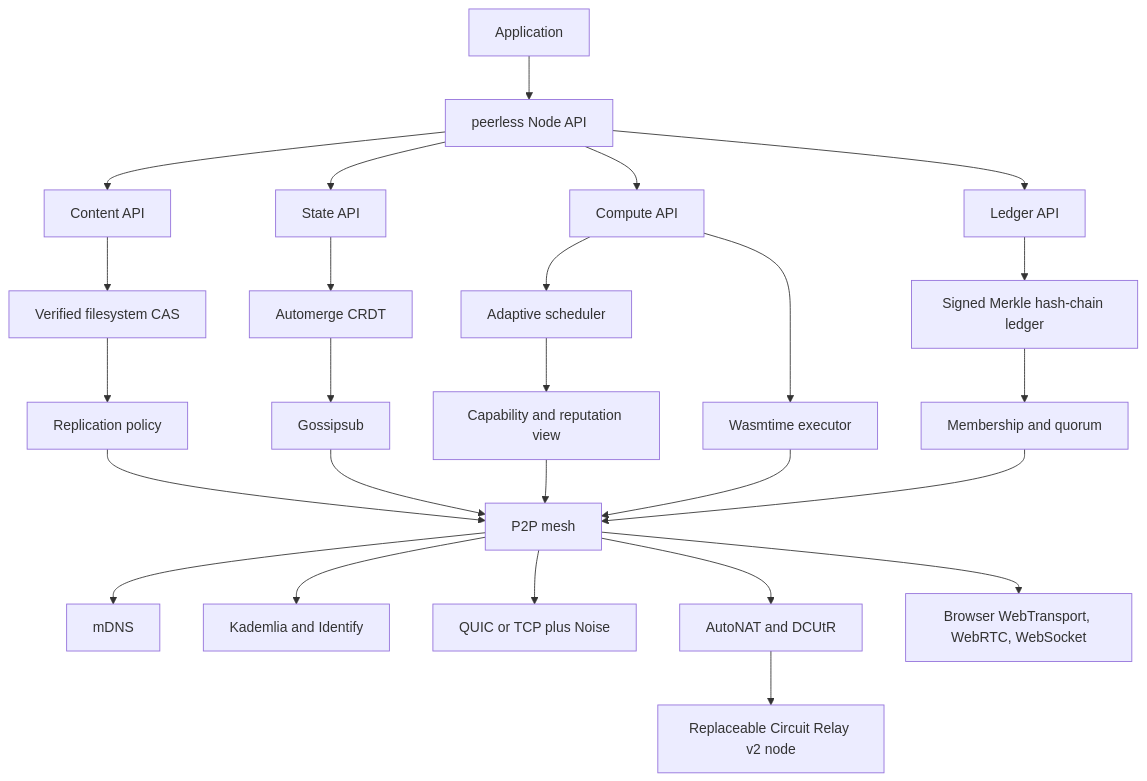
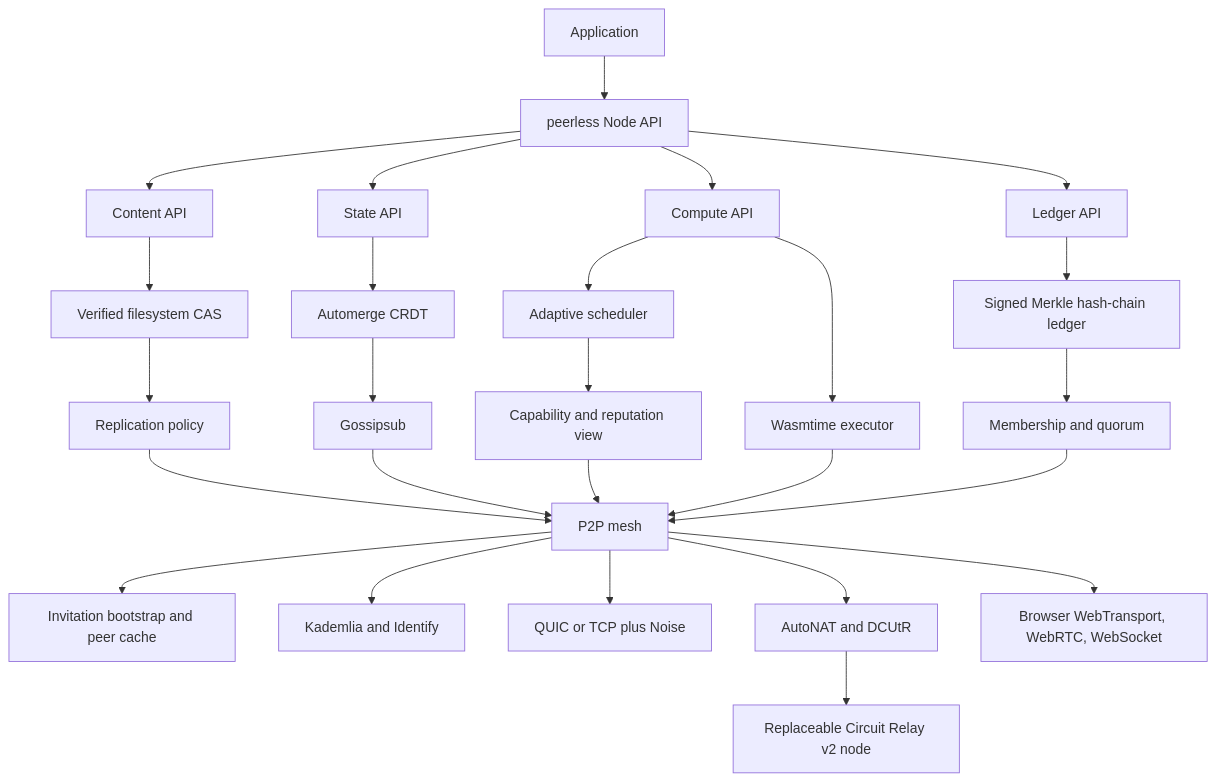
The first of 3 diagrams in README.md (reivosar/peerless-sysytem-fw), drawn with Mermaid before and after one commit. The commit also changed other lines of this file and 18 other files, not shown here.

```diff
--- a/README.md
+++ b/README.md
@@ -58,28 +58,28 @@
 ~~~mermaid
 flowchart TB
     APP[Application] --> API[peerless Node API]
     API --> CONTENT[Content API]
     API --> STATE[State API]
     API --> COMPUTE[Compute API]
     API --> AUDIT[Ledger API]
     CONTENT --> CAS[Verified filesystem CAS]
     STATE --> CRDT[Automerge CRDT]
     COMPUTE --> SCHED[Adaptive scheduler]
     COMPUTE --> WASM[Wasmtime executor]
     AUDIT --> LEDGER[Signed Merkle hash-chain ledger]
     CAS --> REPL[Replication policy]
     CRDT --> GOSSIP[Gossipsub]
     SCHED --> CAP[Capability and reputation view]
     LEDGER --> QUORUM[Membership and quorum]
     REPL --> MESH[P2P mesh]
     GOSSIP --> MESH
     CAP --> MESH
     QUORUM --> MESH
     WASM --> MESH
-    MESH --> LAN[mDNS]
+    MESH --> BOOT[Invitation bootstrap and peer cache]
     MESH --> WAN[Kademlia and Identify]
     MESH --> DIRECT[QUIC or TCP plus Noise]
     MESH --> NAT[AutoNAT and DCUtR]
     NAT --> RELAY[Replaceable Circuit Relay v2 node]
     MESH --> BROWSER[Browser WebTransport, WebRTC, WebSocket]
 ~~~
```
